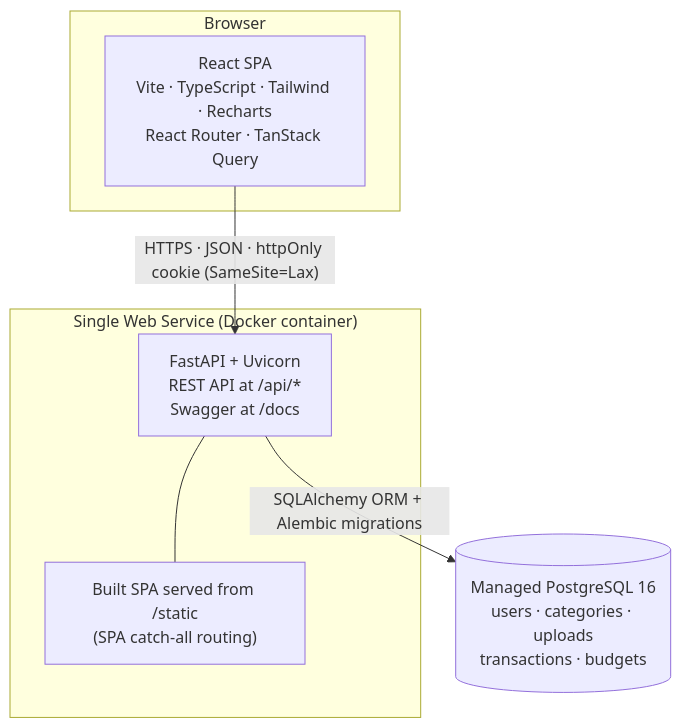
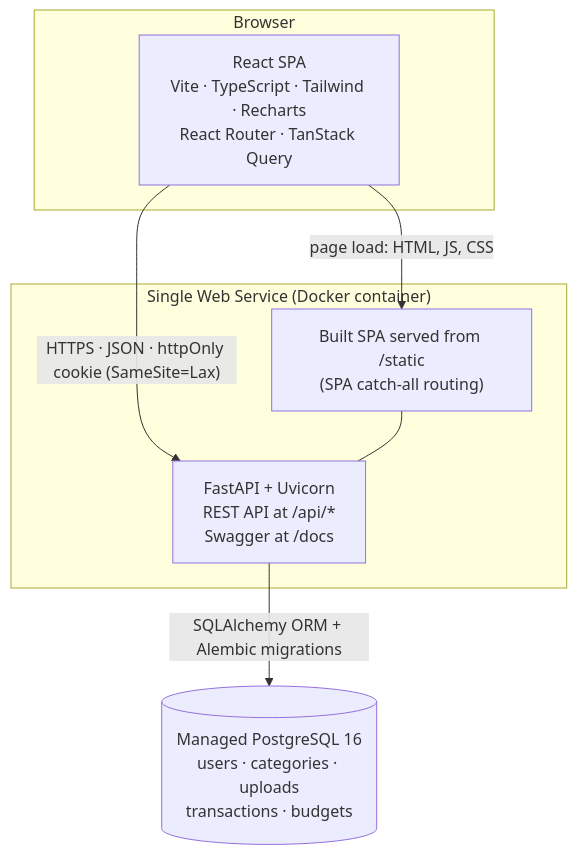
The second of 8 diagrams in ARCHITECTURE.md (RIDHIJAIN1/Expensify), drawn with Mermaid before and after one commit. The commit also changed 9 other files, not shown here.

````diff
--- a/ARCHITECTURE.md
+++ b/ARCHITECTURE.md
@@ -26,17 +26,18 @@
 ```mermaid
 flowchart TB
   subgraph Client["Browser"]
     SPA["React SPA<br/>Vite · TypeScript · Tailwind · Recharts<br/>React Router · TanStack Query"]
   end
 
   subgraph Service["Single Web Service (Docker container)"]
     API["FastAPI + Uvicorn<br/>REST API at /api/*<br/>Swagger at /docs"]
     STATIC["Built SPA served from /static<br/>(SPA catch-all routing)"]
   end
 
   DB[("Managed PostgreSQL 16<br/>users · categories · uploads<br/>transactions · budgets")]
 
+  SPA -- "page load: HTML, JS, CSS" --> STATIC
   SPA -- "HTTPS · JSON · httpOnly cookie (SameSite=Lax)" --> API
-  API --- STATIC
+  STATIC --- API
   API -- "SQLAlchemy ORM + Alembic migrations" --> DB
 ```
````
